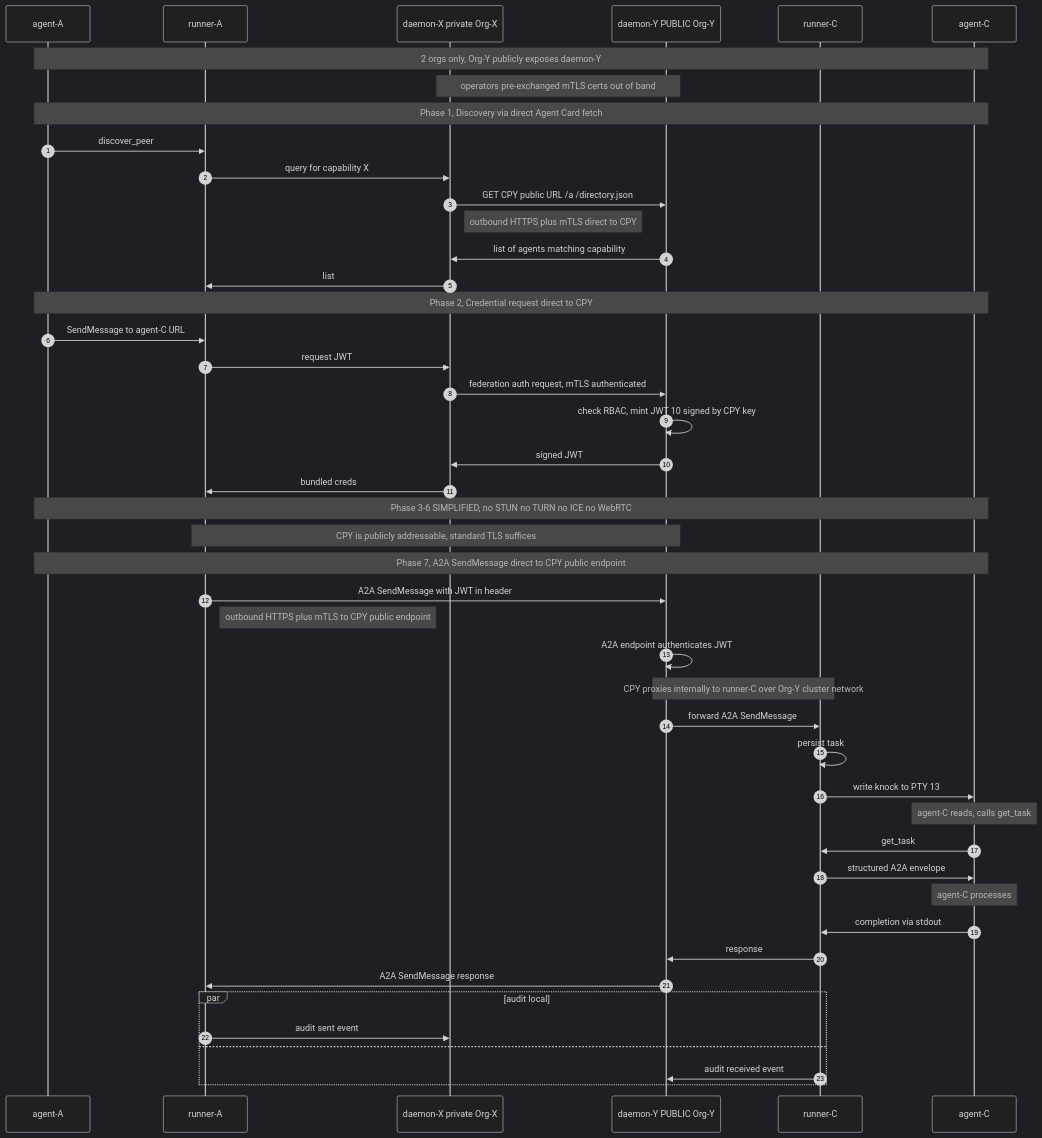
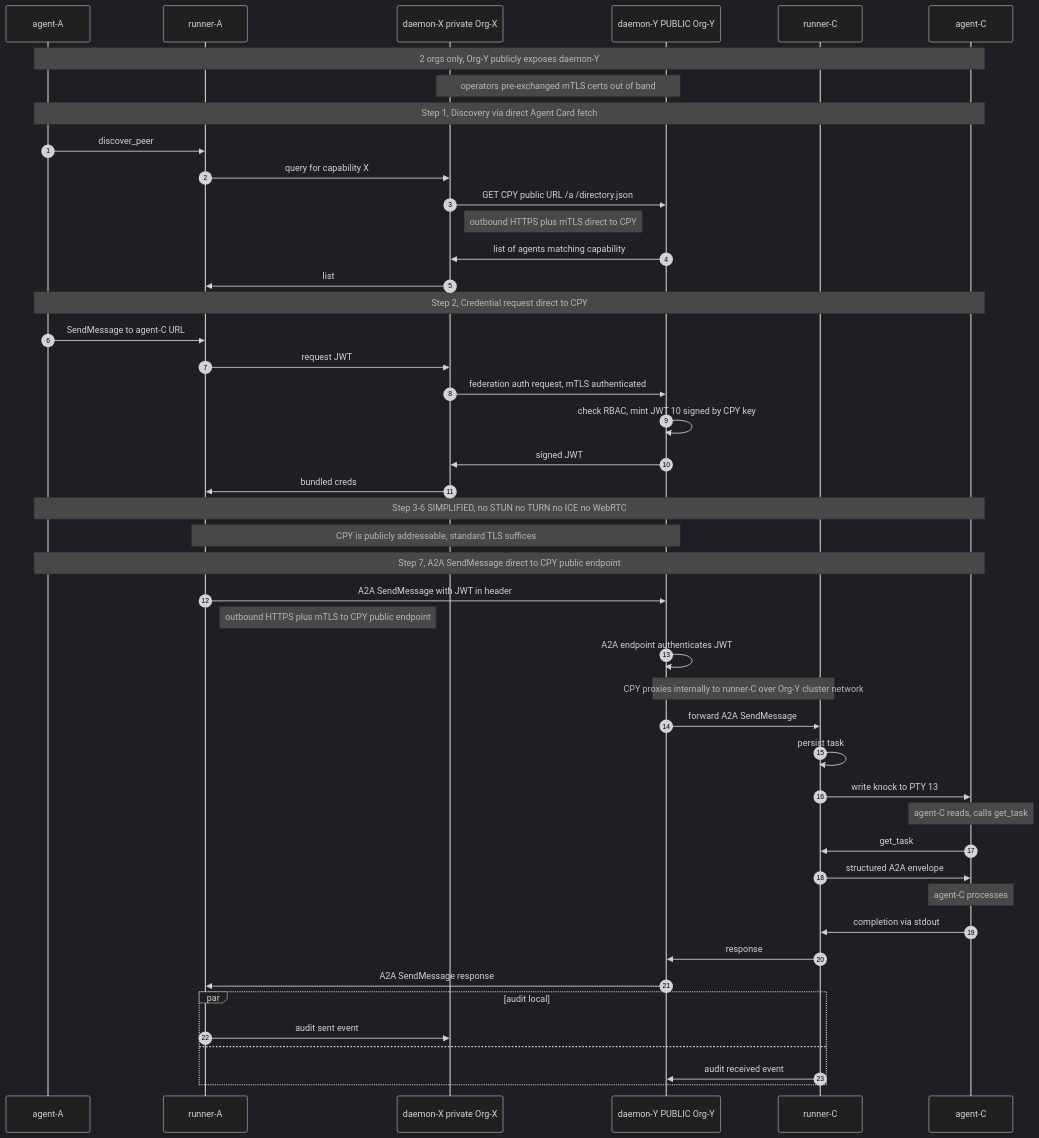
The fifth of 6 diagrams in docs/V0.9.2-ARCHITECTURE.md (agenity-org/agenity), drawn with Mermaid (dark theme) before and after one commit. The commit also changed other lines of this file and 15 other files, not shown here.

````diff
--- a/docs/V0.9.2-ARCHITECTURE.md
+++ b/docs/V0.9.2-ARCHITECTURE.md
@@ -775,55 +781,55 @@
 ```mermaid
 sequenceDiagram
     autonumber
     participant A as agent-A
     participant RA as runner-A
     participant CPX as daemon-X private Org-X
     participant CPY as daemon-Y PUBLIC Org-Y
     participant RC as runner-C
     participant C as agent-C
 
     Note over A,C: 2 orgs only, Org-Y publicly exposes daemon-Y
     Note over CPX,CPY: operators pre-exchanged mTLS certs out of band
 
-    Note over A,C: Phase 1, Discovery via direct Agent Card fetch
+    Note over A,C: Step 1, Discovery via direct Agent Card fetch
     A->>RA: discover_peer
     RA->>CPX: query for capability X
     CPX->>CPY: GET CPY public URL /a /directory.json
     Note right of CPX: outbound HTTPS plus mTLS direct to CPY
     CPY->>CPX: list of agents matching capability
     CPX->>RA: list
 
-    Note over A,C: Phase 2, Credential request direct to CPY
+    Note over A,C: Step 2, Credential request direct to CPY
     A->>RA: SendMessage to agent-C URL
     RA->>CPX: request JWT
     CPX->>CPY: federation auth request, mTLS authenticated
     CPY->>CPY: check RBAC, mint JWT 10 signed by CPY key
     CPY->>CPX: signed JWT
     CPX->>RA: bundled creds
 
-    Note over A,C: Phase 3-6 SIMPLIFIED, no STUN no TURN no ICE no WebRTC
+    Note over A,C: Step 3-6 SIMPLIFIED, no STUN no TURN no ICE no WebRTC
     Note over RA,CPY: CPY is publicly addressable, standard TLS suffices
 
-    Note over A,C: Phase 7, A2A SendMessage direct to CPY public endpoint
+    Note over A,C: Step 7, A2A SendMessage direct to CPY public endpoint
     RA->>CPY: A2A SendMessage with JWT in header
     Note right of RA: outbound HTTPS plus mTLS to CPY public endpoint
 
     CPY->>CPY: A2A endpoint authenticates JWT
     Note over CPY,RC: CPY proxies internally to runner-C over Org-Y cluster network
     CPY->>RC: forward A2A SendMessage
     RC->>RC: persist task
     RC->>C: write knock to PTY 13
     Note over C: agent-C reads, calls get_task
     C->>RC: get_task
     RC->>C: structured A2A envelope
     Note over C: agent-C processes
     C->>RC: completion via stdout
     RC->>CPY: response
     CPY->>RA: A2A SendMessage response
 
     par audit local
         RA->>CPX: audit sent event
     and
         RC->>CPY: audit received event
     end
 ```
````
